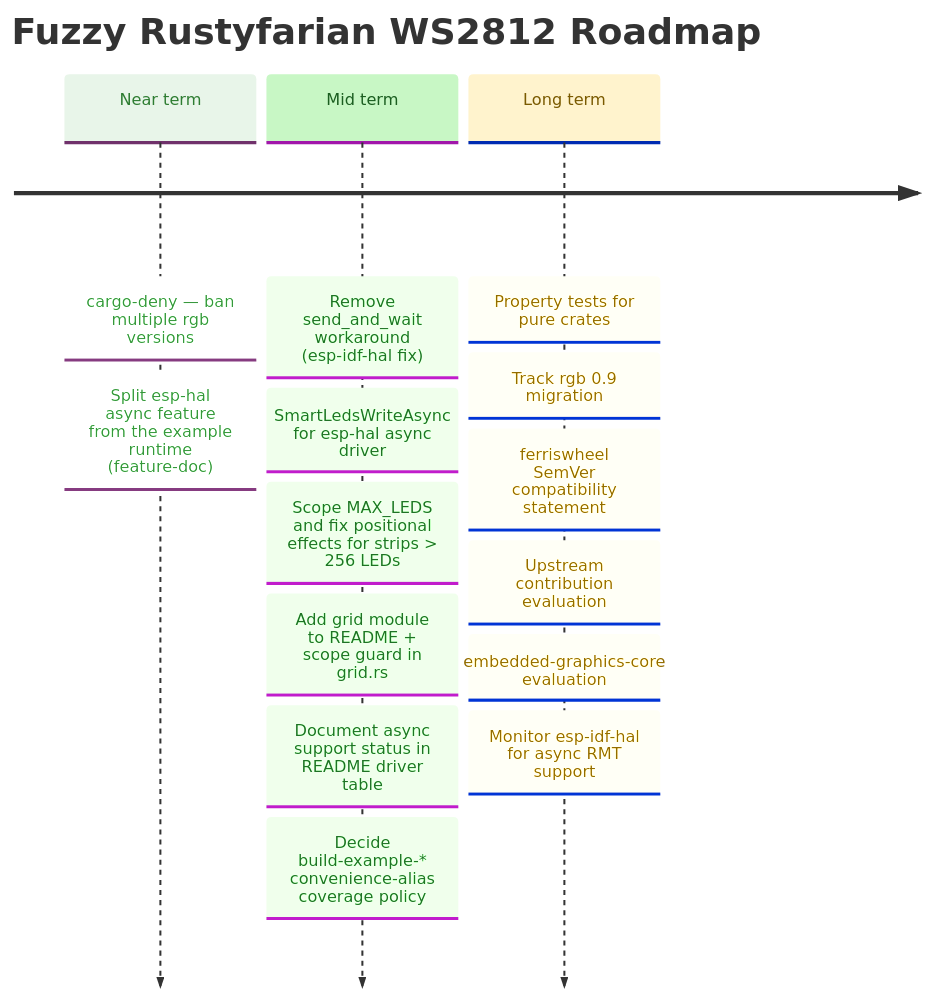
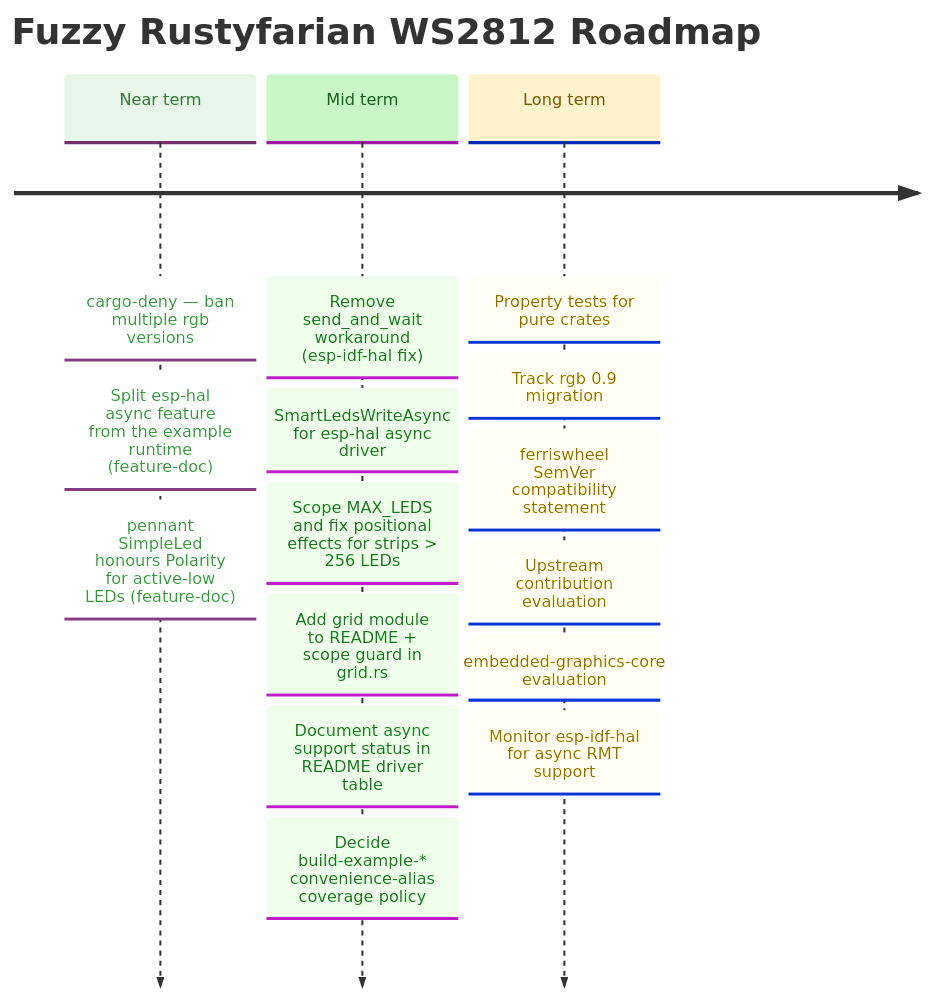
The diagram in docs/ROADMAP.md (datenkollektiv/rustyfarian-ws2812), drawn with Mermaid before and after one commit. The commit also changed other lines of this file and 8 other files, not shown here.

Commit message:
Add Polarity support to pennant::SimpleLed for active-low LEDs

````diff
--- a/docs/ROADMAP.md
+++ b/docs/ROADMAP.md
@@ -29,35 +29,36 @@
 ```mermaid
 %%{init: {
   "theme": "base",
   "themeVariables": {
     "cScale0": "#e8f5e9",
     "cScaleLabel0": "#2e7d32",
     "cScale1": "#c8f7c5",
     "cScaleLabel1": "#1b5e20",
     "cScale2": "#fff3cd",
     "cScaleLabel2": "#7a5a00",
     "cScale3": "#e3f2fd",
     "cScaleLabel3": "#0d47a1"
   }
 }}%%
 
 timeline
     title Fuzzy Rustyfarian WS2812 Roadmap
 
     Near term : cargo-deny — ban multiple rgb versions
               : Split esp-hal async feature from the example runtime (feature-doc)
+              : pennant SimpleLed honours Polarity for active-low LEDs (feature-doc)
 
     Mid term  : Remove send_and_wait workaround (esp-idf-hal fix)
               : SmartLedsWriteAsync for esp-hal async driver
               : Scope MAX_LEDS and fix positional effects for strips > 256 LEDs
               : Add grid module to README + scope guard in grid.rs
               : Document async support status in README driver table
               : Decide build-example-* convenience-alias coverage policy
 
     Long term : Property tests for pure crates
               : Track rgb 0.9 migration
               : ferriswheel SemVer compatibility statement
               : Upstream contribution evaluation
               : embedded-graphics-core evaluation
               : Monitor esp-idf-hal for async RMT support
 ```
````
